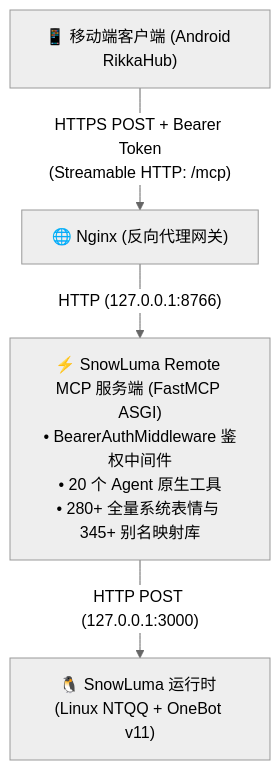
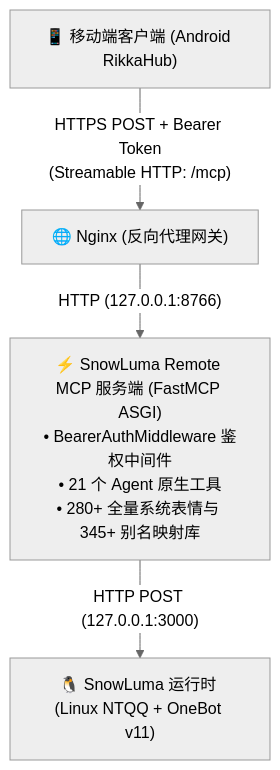
Before and after one commit to MorphieEndless/snowluma-remote-mcp: the diagram in README_zh.md, drawn with Mermaid (neutral theme). The commit also changed other lines of this file, not shown here.

````diff
--- a/README_zh.md
+++ b/README_zh.md
@@ -49,6 +49,6 @@
 ```mermaid
 flowchart TD
     Client["📱 移动端客户端 (Android RikkaHub)"] -->|"HTTPS POST + Bearer Token<br/>(Streamable HTTP: /mcp)"| Nginx["🌐 Nginx (反向代理网关)"]
-    Nginx -->|"HTTP (127.0.0.1:8766)"| MCP["⚡ SnowLuma Remote MCP 服务端 (FastMCP ASGI)<br/>• BearerAuthMiddleware 鉴权中间件<br/>• 20 个 Agent 原生工具<br/>• 280+ 全量系统表情与 345+ 别名映射库"]
+    Nginx -->|"HTTP (127.0.0.1:8766)"| MCP["⚡ SnowLuma Remote MCP 服务端 (FastMCP ASGI)<br/>• BearerAuthMiddleware 鉴权中间件<br/>• 21 个 Agent 原生工具<br/>• 280+ 全量系统表情与 345+ 别名映射库"]
     MCP -->|"HTTP POST (127.0.0.1:3000)"| SnowLuma["🐧 SnowLuma 运行时 (Linux NTQQ + OneBot v11)"]
 ```
````
